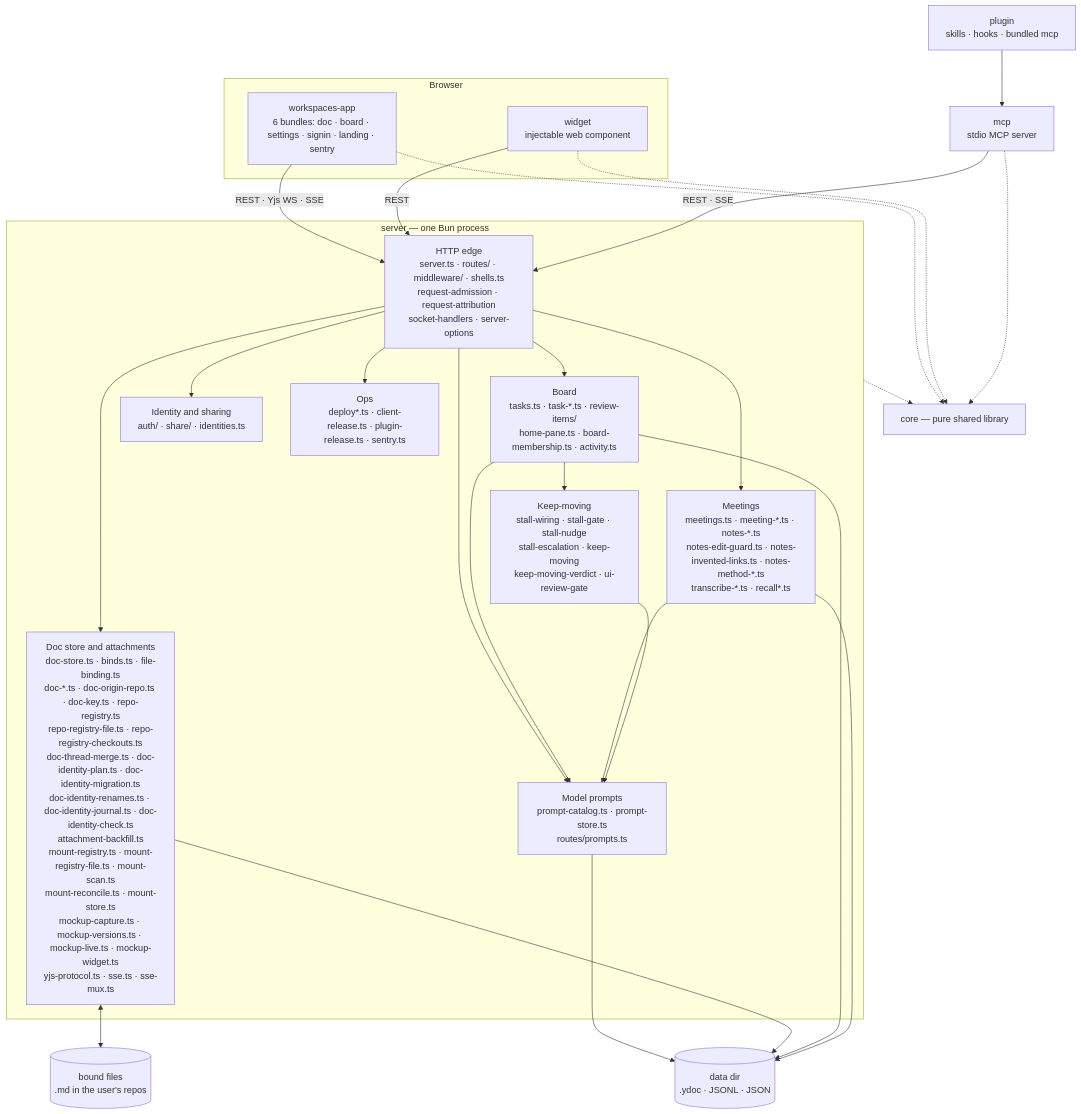
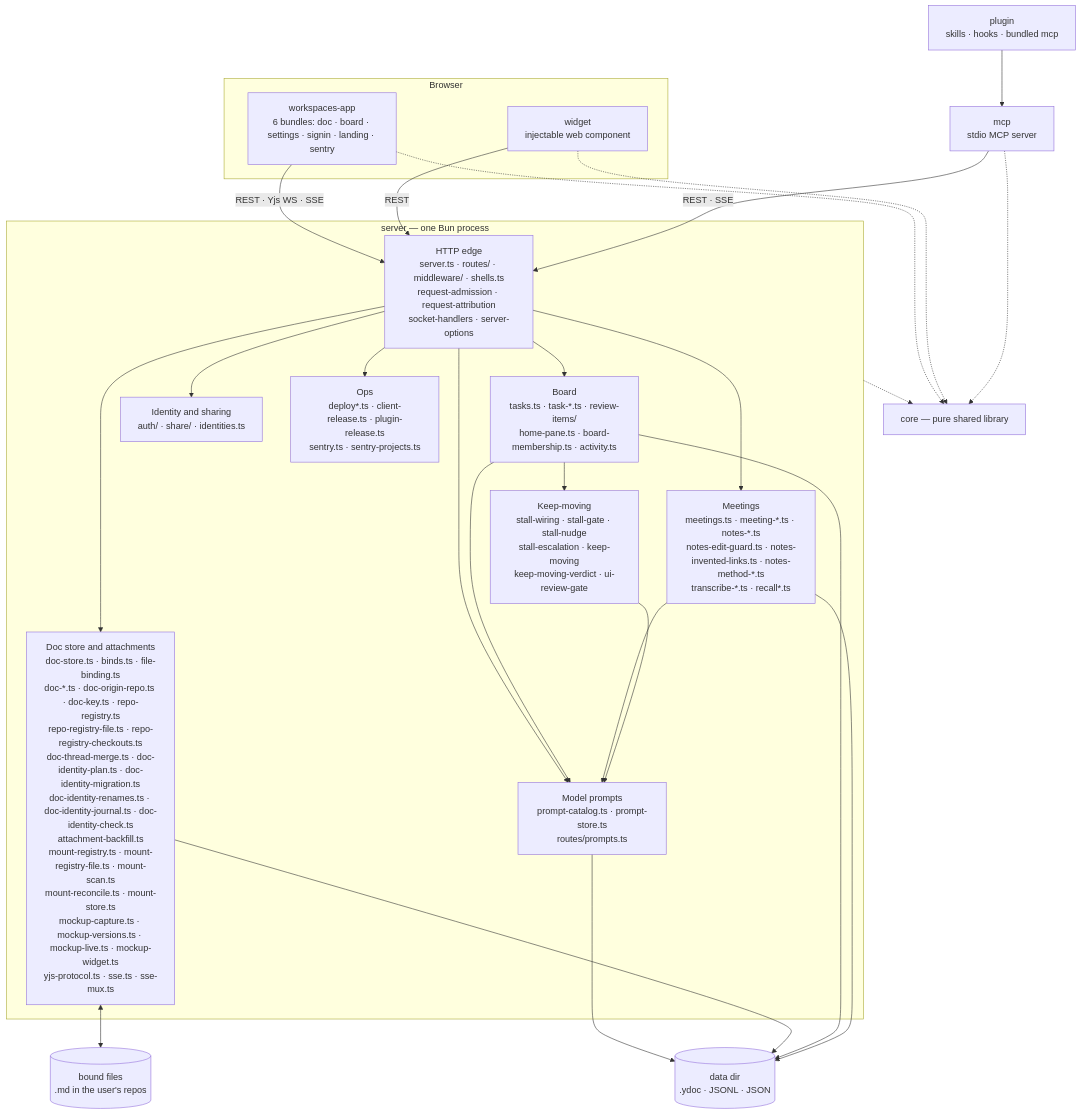
One commit to fryanpan/claude-workspaces-plugin changed the first of 2 diagrams in docs/architecture/overview.md. Above: the diagram before and after it, drawn with Mermaid. The commit also changed 11 other files, not shown here.

````diff
--- a/docs/architecture/overview.md
+++ b/docs/architecture/overview.md
@@ -45,35 +45,35 @@
 ```mermaid
 flowchart TB
   subgraph browser[Browser]
     app["workspaces-app<br/>6 bundles: doc · board · settings · signin · landing · sentry"]
     wid["widget<br/>injectable web component"]
   end
   plug["plugin<br/>skills · hooks · bundled mcp"]
   mcp["mcp<br/>stdio MCP server"]
   subgraph srv["server — one Bun process"]
     edge["HTTP edge<br/>server.ts · routes/ · middleware/ · shells.ts<br/>request-admission · request-attribution<br/>socket-handlers · server-options"]
     docs["Doc store and attachments<br/>doc-store.ts · binds.ts · file-binding.ts<br/>doc-*.ts · doc-origin-repo.ts · doc-key.ts · repo-registry.ts<br/>repo-registry-file.ts · repo-registry-checkouts.ts<br/>doc-thread-merge.ts · doc-identity-plan.ts · doc-identity-migration.ts<br/>doc-identity-renames.ts · doc-identity-journal.ts · doc-identity-check.ts<br/>attachment-backfill.ts<br/>mount-registry.ts · mount-registry-file.ts · mount-scan.ts<br/>mount-reconcile.ts · mount-store.ts<br/>mockup-capture.ts · mockup-versions.ts · mockup-live.ts · mockup-widget.ts<br/>yjs-protocol.ts · sse.ts · sse-mux.ts"]
     board["Board<br/>tasks.ts · task-*.ts · review-items/<br/>home-pane.ts · board-membership.ts · activity.ts"]
     meet["Meetings<br/>meetings.ts · meeting-*.ts · notes-*.ts<br/>notes-edit-guard.ts · notes-invented-links.ts · notes-method-*.ts<br/>transcribe-*.ts · recall*.ts"]
     keep["Keep-moving<br/>stall-wiring · stall-gate · stall-nudge<br/>stall-escalation · keep-moving<br/>keep-moving-verdict · ui-review-gate"]
     ident["Identity and sharing<br/>auth/ · share/ · identities.ts"]
     prompts["Model prompts<br/>prompt-catalog.ts · prompt-store.ts<br/>routes/prompts.ts"]
-    ops["Ops<br/>deploy*.ts · client-release.ts · plugin-release.ts · sentry.ts"]
+    ops["Ops<br/>deploy*.ts · client-release.ts · plugin-release.ts<br/>sentry.ts · sentry-projects.ts"]
   end
   core["core — pure shared library"]
   disk[("data dir<br/>.ydoc · JSONL · JSON")]
   files[("bound files<br/>.md in the user's repos")]
 
   app -->|"REST · Yjs WS · SSE"| edge
   wid -->|REST| edge
   plug --> mcp
   mcp -->|"REST · SSE"| edge
   edge --> docs & board & meet & ident & ops & prompts
   board & meet & keep --> prompts
   prompts --> disk
   board --> keep
   docs <--> files
   docs & board & meet --> disk
   app & wid & mcp -.-> core
   srv -.-> core
 ```
````
